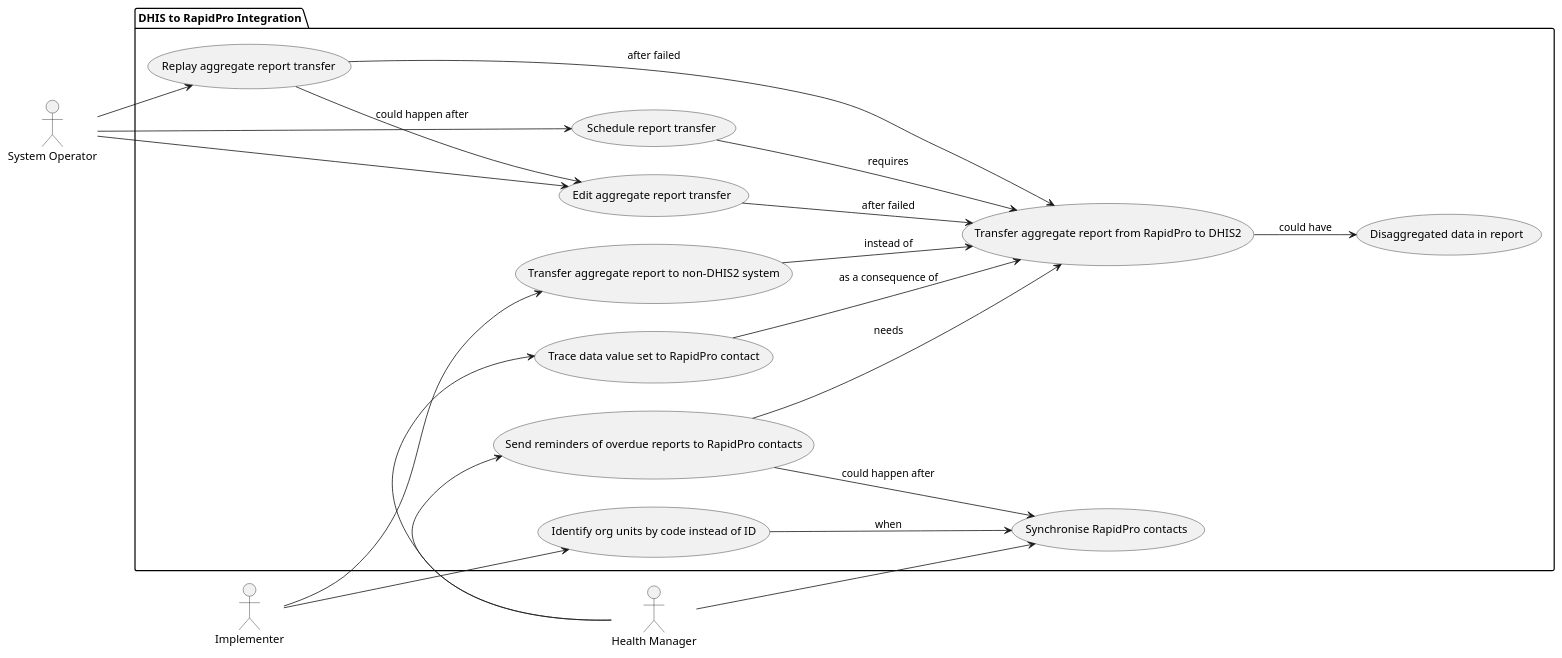
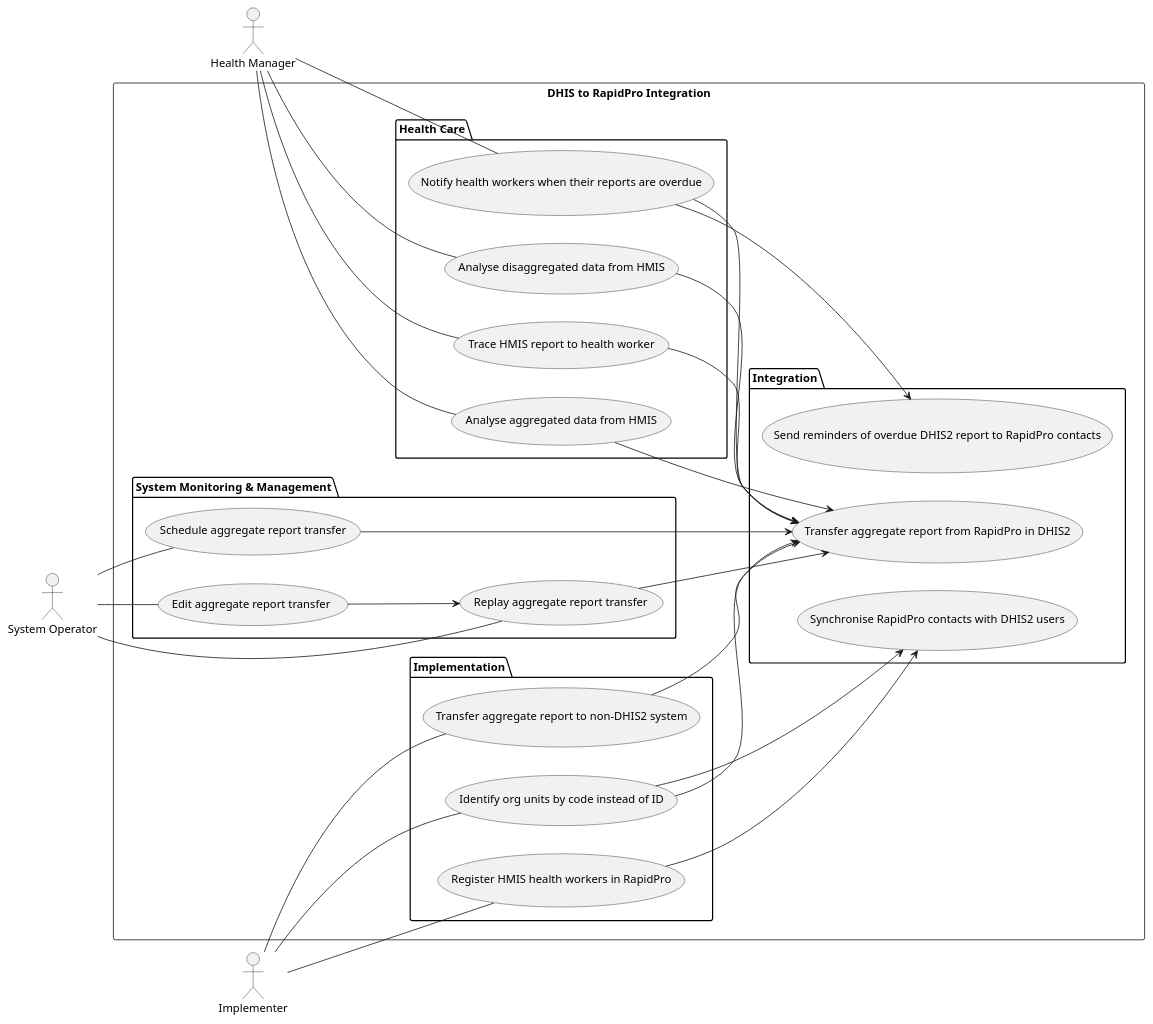
Before and after one commit to dhis2/integration-dhis-rapidpro: the diagram in design/plantuml/use-case.puml, drawn with PlantUML. The commit also changed 5 other files, not shown here.

First line of the commit message:
docs: UML refinement (#63)

```diff
--- a/design/plantuml/use-case.puml
+++ b/design/plantuml/use-case.puml
@@ -1,39 +1,53 @@
 @startuml
 left to right direction
 
 "Health Manager" as HealthManager
 "System Operator" as Operator
 "Implementer" as Implementer
 
-package "DHIS to RapidPro Integration" {
-    usecase SynchroniseContacts as "Synchronise RapidPro contacts"
-    usecase SendReminders as "Send reminders of overdue reports to RapidPro contacts"
-    usecase TransferAggrReport as "Transfer aggregate report from RapidPro to DHIS2"
-    usecase DisaggregatedData as "Disaggregated data in report"
-    usecase ReplayAggrReport as "Replay aggregate report transfer"
-    usecase EditAggrReport as "Edit aggregate report transfer"
-    usecase ScheduleReport as "Schedule report transfer"
-    usecase IdentityOrgUnitsByCode as "Identify org units by code instead of ID"
-    usecase TraceDataValueSet as "Trace data value set to RapidPro contact"
-    usecase TransferAggrReportToNonDhis2 as "Transfer aggregate report to non-DHIS2 system"
+rectangle "DHIS to RapidPro Integration" {
+    package "System Monitoring & Management" {
+      usecase ReplayAggrReport as "Replay aggregate report transfer"
+      usecase EditAggrReport as "Edit aggregate report transfer"
+      usecase ScheduleAggrReport as "Schedule aggregate report transfer"
+    }
+    package "Implementation" {
+      usecase IdentityOrgUnitsByCode as "Identify org units by code instead of ID"
+      usecase TransferAggrReportToNonDhis2 as "Transfer aggregate report to non-DHIS2 system"
+      usecase RegisterHealthWorkers as "Register HMIS health workers in RapidPro"
+    }
+    package "Health Care" {
+      usecase AnalyseAggrReport as "Analyse aggregated data from HMIS"
+      usecase NotifyHealthWorkers as "Notify health workers when their reports are overdue"
+      usecase AnalyseDisaggrData as "Analyse disaggregated data from HMIS"
+      usecase TraceHmisReport as "Trace HMIS report to health worker"
+    }
+    package "Integration" {
+      usecase SyncContacts as "Synchronise RapidPro contacts with DHIS2 users"
+      usecase TransferAggrReport as "Transfer aggregate report from RapidPro in DHIS2"
+      usecase SendReminders as "Send reminders of overdue DHIS2 report to RapidPro contacts"
+    }
 }
-
-HealthManager -le-> SynchroniseContacts
-HealthManager --> SendReminders
-SendReminders --> SynchroniseContacts: could happen after
-TraceDataValueSet --> TransferAggrReport: as a consequence of
-HealthManager -> TraceDataValueSet
-SendReminders --> TransferAggrReport: needs
-Operator --> ScheduleReport
-Operator --> ReplayAggrReport
-ReplayAggrReport --> TransferAggrReport: after failed
-ReplayAggrReport --> EditAggrReport: could happen after
-Operator --> EditAggrReport
-EditAggrReport --> TransferAggrReport: after failed
-ScheduleReport --> TransferAggrReport: requires
-Implementer --> TransferAggrReportToNonDhis2
-TransferAggrReportToNonDhis2 --> TransferAggrReport: instead of
-Implementer --> IdentityOrgUnitsByCode
-IdentityOrgUnitsByCode --> SynchroniseContacts: when
-TransferAggrReport --> DisaggregatedData: could have
+HealthManager -- AnalyseAggrReport
+AnalyseAggrReport --> TransferAggrReport
+AnalyseDisaggrData --> TransferAggrReport
+HealthManager -- NotifyHealthWorkers
+NotifyHealthWorkers --> SendReminders
+TraceHmisReport --> TransferAggrReport
+HealthManager - TraceHmisReport
+NotifyHealthWorkers --> TransferAggrReport
+Operator -- ScheduleAggrReport
+Operator -- ReplayAggrReport
+ReplayAggrReport --> TransferAggrReport
+Operator -- EditAggrReport
+EditAggrReport --> ReplayAggrReport
+ScheduleAggrReport --> TransferAggrReport
+Implementer -- TransferAggrReportToNonDhis2
+TransferAggrReportToNonDhis2 --> TransferAggrReport
+Implementer -- IdentityOrgUnitsByCode
+IdentityOrgUnitsByCode --> TransferAggrReport
+IdentityOrgUnitsByCode --> SyncContacts
+HealthManager -- AnalyseDisaggrData
+Implementer -- RegisterHealthWorkers
+RegisterHealthWorkers --> SyncContacts
 @enduml
```
